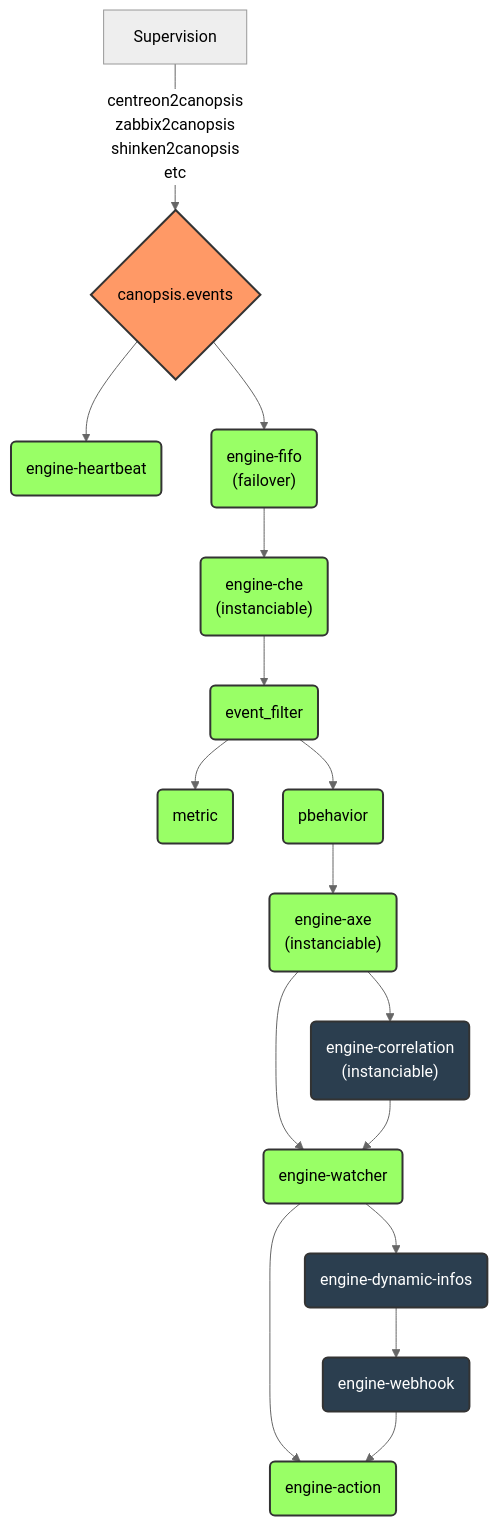
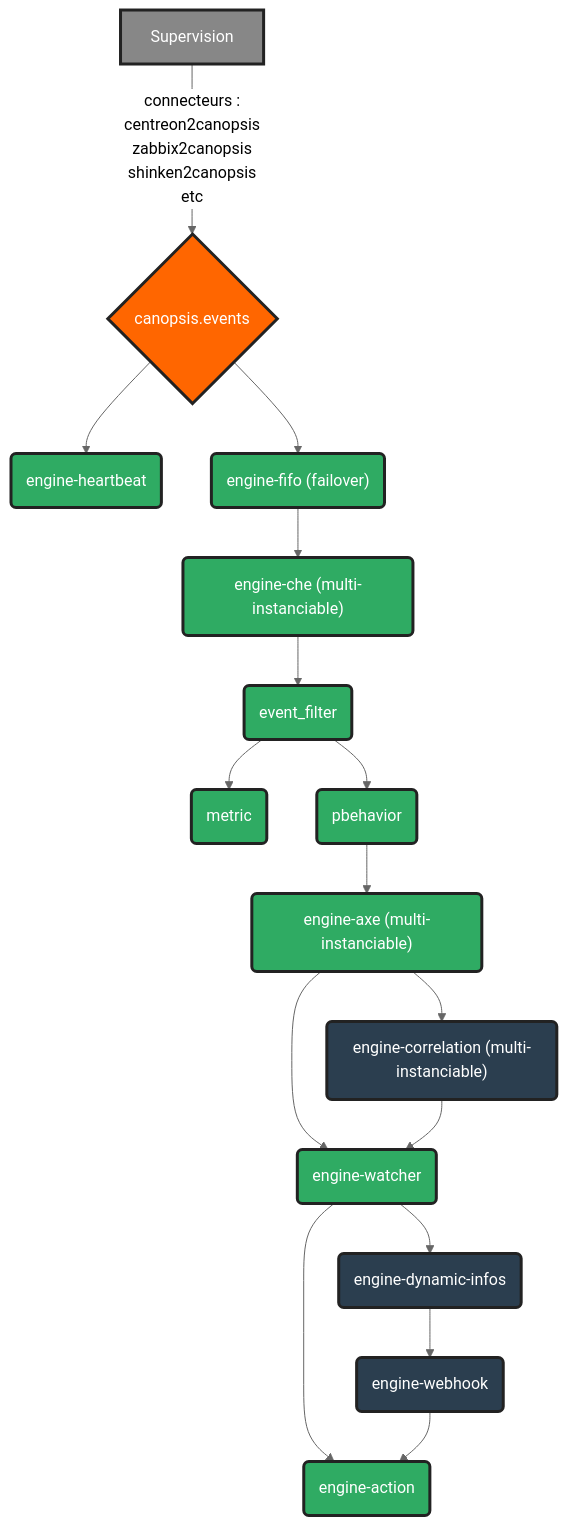
One commit to capensis/canopsis changed the first of 2 diagrams in sources/docs/fr/guide-administration/moteurs/schema-enchainement-moteurs.md. Above: the diagram before and after it, drawn with Mermaid (neutral theme). The commit also changed other lines of this file, not shown here.

Commit message:
Refonte de la doc + amélioration du diagramme

````diff
--- a/sources/docs/fr/guide-administration/moteurs/schema-enchainement-moteurs.md
+++ b/sources/docs/fr/guide-administration/moteurs/schema-enchainement-moteurs.md
@@ -27,44 +27,42 @@
 ```mermaid
 graph TD
-%% graph LR -> décommenter pour passer en paysage et commenter la ligne du dessus
 linkStyle default interpolate basis
-%% sup[Supervision] -- snmp2canopsis --> exch.snmp{canopsis.snmp}
-%% exch.snmp --> snmp(snmp)
-%% snmp --> exch.events{canopsis.events}
-sup[Supervision] -- centreon2canopsis<br>zabbix2canopsis<br>shinken2canopsis<br>etc--> exch.events{canopsis.events}
+sup[Supervision] -- connecteurs :<br />centreon2canopsis<br />zabbix2canopsis<br />shinken2canopsis<br />etc--> exch.events{canopsis.events}
 exch.events --> heart(engine-heartbeat)
-exch.events --> fifo(engine-fifo<br />&#40failover&#41)
-fifo --> che(engine-che<br>&#40instanciable&#41)
+exch.events --> fifo(engine-fifo &#40failover&#41)
+fifo --> che(engine-che &#40multi-instanciable&#41)
 che --> filter(event_filter)
 filter --> metric(metric)
 filter --> pbh(pbehavior)
-pbh --> axe(engine-axe<br>&#40instanciable&#41)
-axe --> correl(engine-correlation<br>&#40instanciable&#41)
+pbh --> axe(engine-axe &#40multi-instanciable&#41)
+axe --> correl(engine-correlation &#40multi-instanciable&#41)
 axe --> watcher(engine-watcher)
 correl --> watcher
 watcher --> info(engine-dynamic-infos)
 watcher --> action
 info --> webh(engine-webhook)
 webh --> action(engine-action)
 
 click snmp "http://doc.canopsis.net/guide-administration/moteurs/moteur-snmp/"
 click heart "http://doc.canopsis.net/guide-administration/moteurs/moteur-heartbeat/"
 click fifo "http://doc.canopsis.net/guide-administration/moteurs/moteur-fifo/"
 click che "http://doc.canopsis.net/guide-administration/moteurs/moteur-che/"
 click filter "http://doc.canopsis.net/guide-administration/moteurs/moteur-che-event_filter/"
 click metric "http://doc.canopsis.net/guide-administration/moteurs/moteur-metric/"
 click pbh "http://doc.canopsis.net/guide-administration/moteurs/moteur-pbehavior/"
 click axe "http://doc.canopsis.net/guide-administration/moteurs/moteur-axe/"
 click correl "http://doc.canopsis.net/guide-administration/moteurs/moteur-correlation/"
 click watcher "http://doc.canopsis.net/guide-administration/moteurs/moteur-watcher/"
 click info "http://doc.canopsis.net/guide-administration/moteurs/moteur-dynamic-infos/"
 click webh "http://doc.canopsis.net/guide-administration/moteurs/moteur-webhook/"
 click action "http://doc.canopsis.net/guide-administration/moteurs/moteur-action/"
 
-classDef core-green fill:#9f6,stroke:#333,stroke-width:2px;
-classDef cat-blue fill:#2b3e4f,color:#fff,stroke:#333,stroke-width:2px;
-classDef rabbit-orange fill:#f96,stroke:#333,stroke-width:2px;
+classDef grey font-weight:normal,font-size:12pt,color:#fff,fill:#878787,stroke:#222,stroke-width:3px;
+classDef core-green font-weight:normal,font-size:12pt,color:#fff,fill:#2fab63,color:#fff,stroke:#222,stroke-width:3px;
+classDef cat-blue font-weight:normal,font-size:12pt,color:#fff,fill:#2b3e4f,color:#fff,stroke:#222,stroke-width:3px;
+classDef rabbit-orange font-weight:normal,font-size:12pt,color:#fff,fill:#ff6600,color:#fff,stroke:#222,stroke-width:3px;
+class sup grey
 class heart,fifo,che,filter,metric,pbh,axe,watcher,action core-green
 class snmp,kpi,correl,info,webh cat-blue
 class exch.snmp,exch.events rabbit-orange
 ```
````
